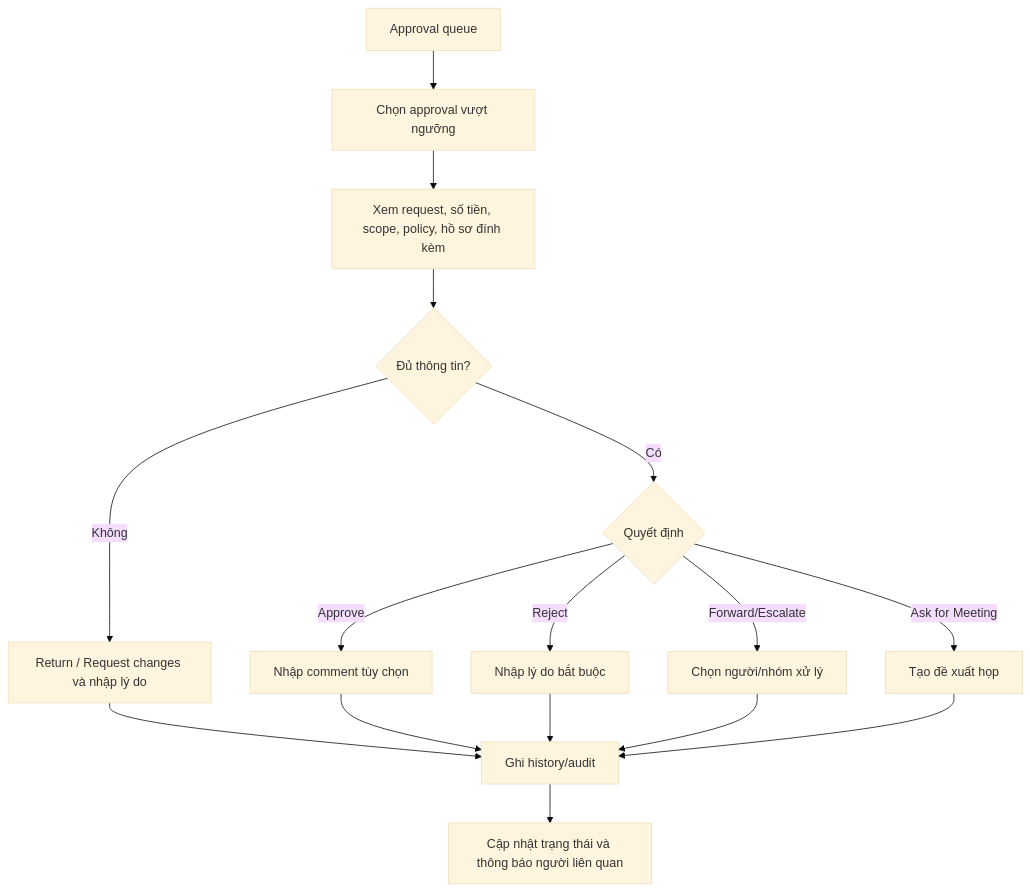
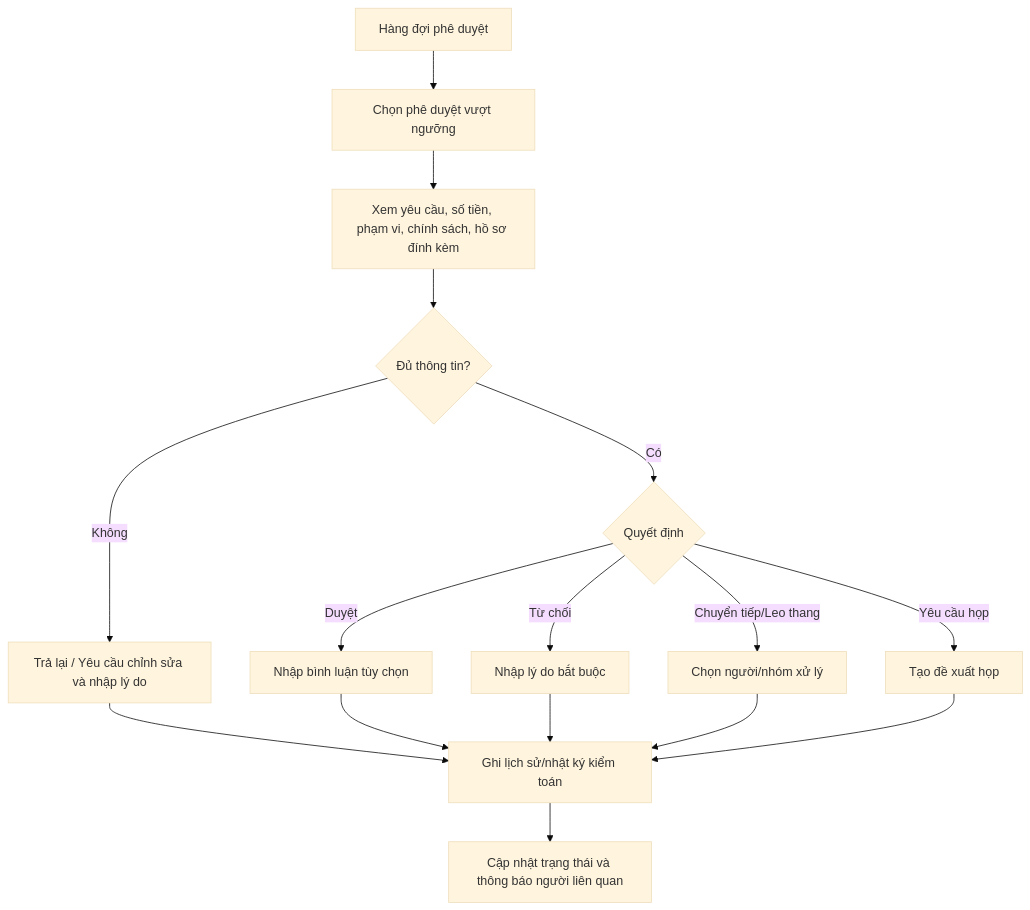
One commit to shomesgroupvietnam-cyber/greennest-bo changed the second of 5 diagrams in _bmad-output/planning-artifacts/ux-design-specification/user-journey-flows.md. Above: the diagram before and after it, drawn with Mermaid (base theme). The commit also changed other lines of this file and 145 other files, not shown here.

````diff
--- a/_bmad-output/planning-artifacts/ux-design-specification/user-journey-flows.md
+++ b/_bmad-output/planning-artifacts/ux-design-specification/user-journey-flows.md
@@ -30,18 +30,18 @@
 ```mermaid
 flowchart TD
-  A[Approval queue] --> B[Chọn approval vượt ngưỡng]
-  B --> C[Xem request, số tiền, scope, policy, hồ sơ đính kèm]
+  A[Hàng đợi phê duyệt] --> B[Chọn phê duyệt vượt ngưỡng]
+  B --> C[Xem yêu cầu, số tiền, phạm vi, chính sách, hồ sơ đính kèm]
   C --> D{Đủ thông tin?}
-  D -->|Không| E[Return / Request changes và nhập lý do]
+  D -->|Không| E[Trả lại / Yêu cầu chỉnh sửa và nhập lý do]
   D -->|Có| F{Quyết định}
-  F -->|Approve| G[Nhập comment tùy chọn]
-  F -->|Reject| H[Nhập lý do bắt buộc]
-  F -->|Forward/Escalate| I[Chọn người/nhóm xử lý]
-  F -->|Ask for Meeting| J[Tạo đề xuất họp]
-  E --> K[Ghi history/audit]
+  F -->|Duyệt| G[Nhập bình luận tùy chọn]
+  F -->|Từ chối| H[Nhập lý do bắt buộc]
+  F -->|Chuyển tiếp/Leo thang| I[Chọn người/nhóm xử lý]
+  F -->|Yêu cầu họp| J[Tạo đề xuất họp]
+  E --> K[Ghi lịch sử/nhật ký kiểm toán]
   G --> K
   H --> K
   I --> K
   J --> K
   K --> L[Cập nhật trạng thái và thông báo người liên quan]
 ```
````
